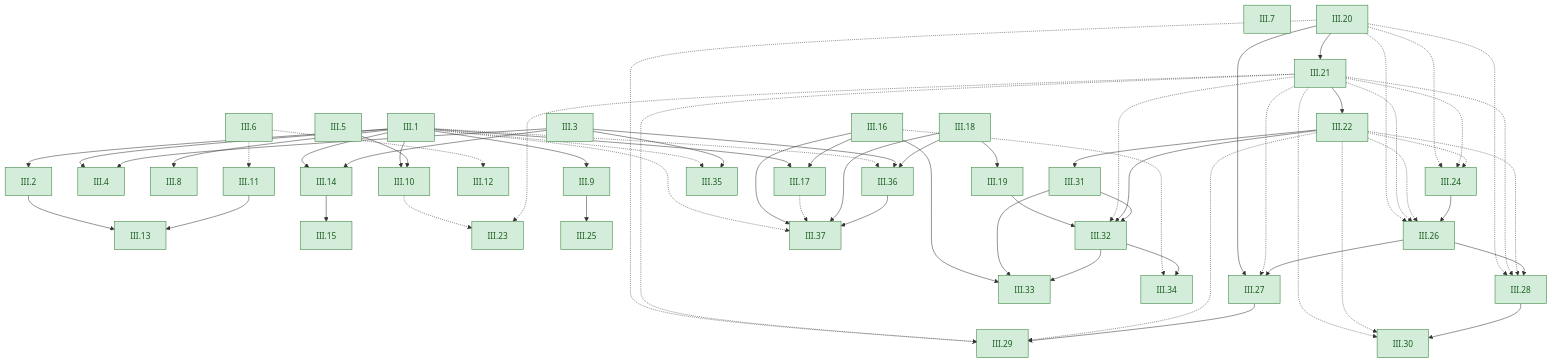
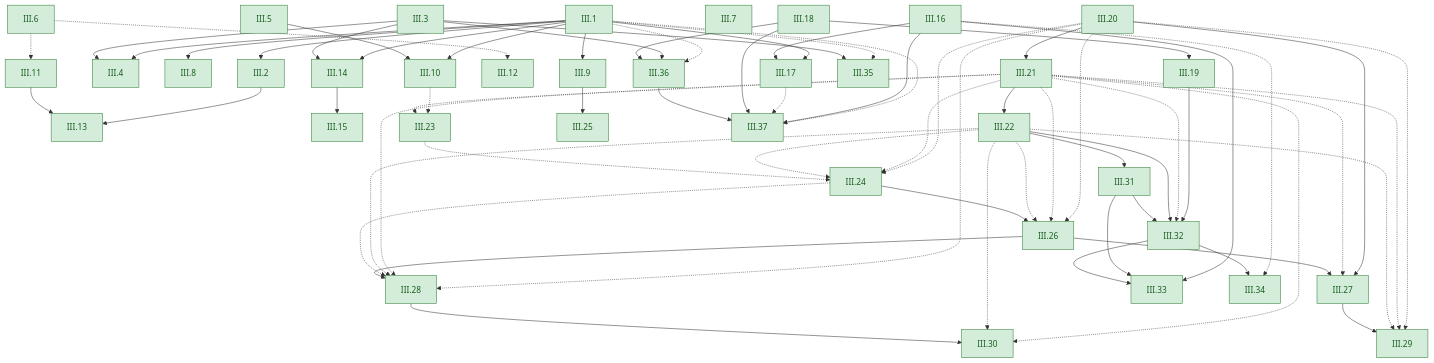
One commit to dodecaplex-co/stoicheia changed the sixth of 6 diagrams in GRAPH.md. Above: the diagram before and after it, drawn with Mermaid. The commit also changed other lines of this file and 22 other files, not shown here.

```diff
--- a/GRAPH.md
+++ b/GRAPH.md
@@ -820,6 +820,7 @@
   III20 -.-> III24
   III21 -.-> III24
   III22 -.-> III24
+  III23 -.-> III24
   III9 --> III25
   III20 -.-> III26
   III21 -.-> III26
@@ -831,6 +832,7 @@
   III20 -.-> III28
   III21 -.-> III28
   III22 -.-> III28
+  III24 -.-> III28
   III26 --> III28
   III20 -.-> III29
   III21 -.-> III29
```
